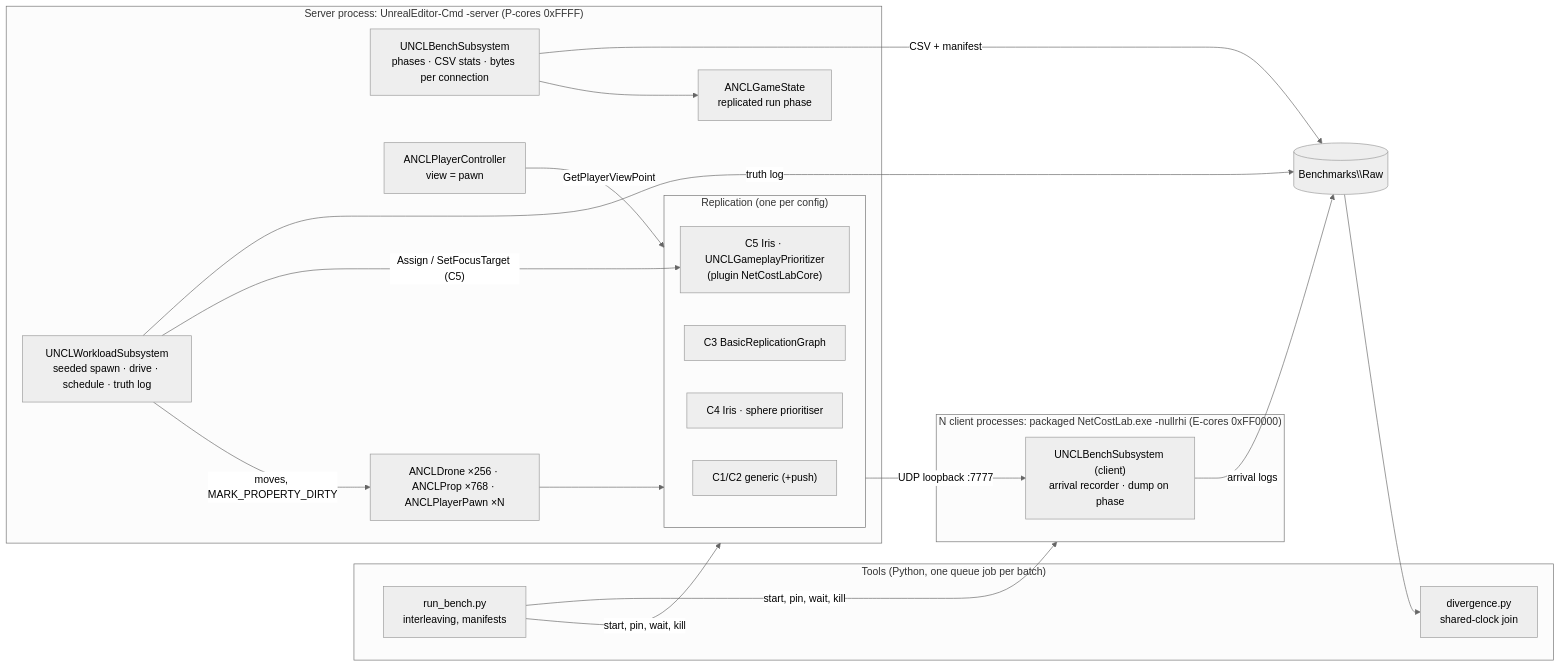
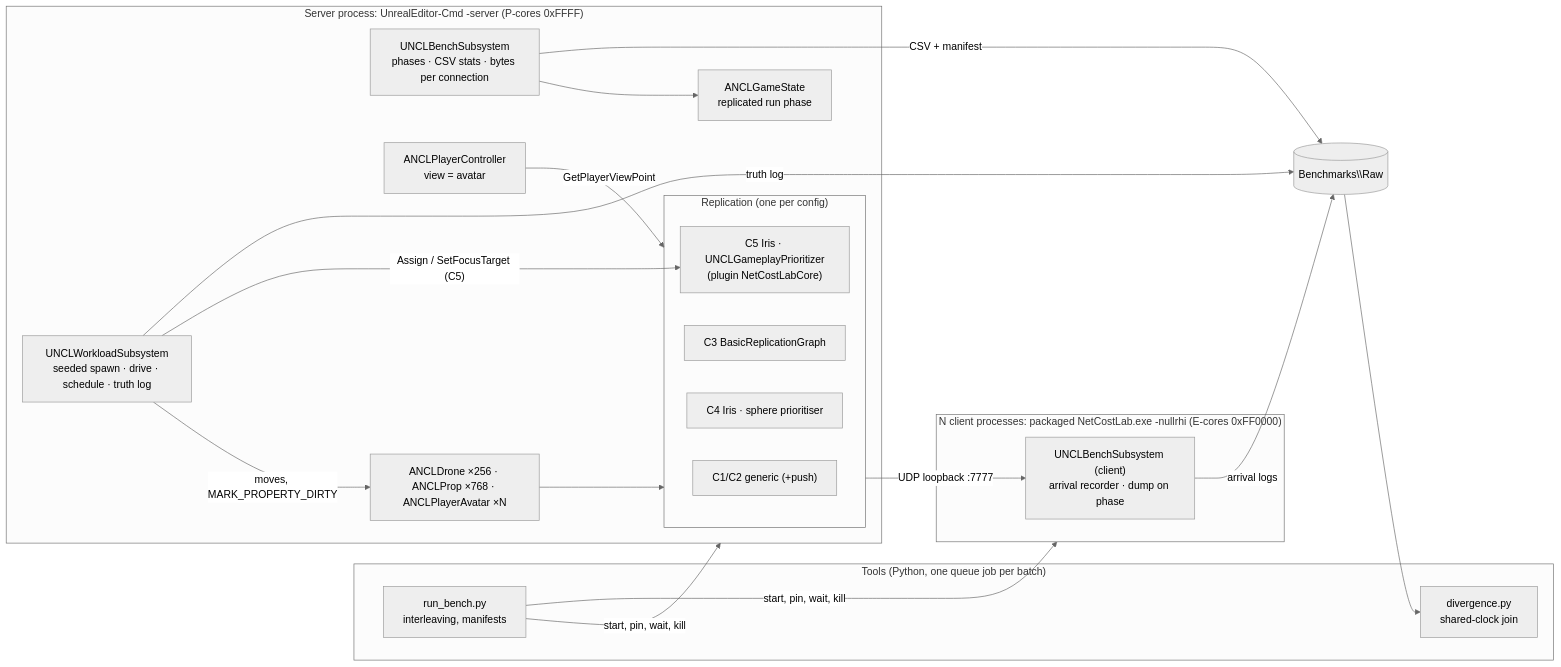
Before and after one commit to KrishGangani/UE5-NetCostLab: the first of 2 diagrams in Explanation/02_System_Architecture.md, drawn with Mermaid (neutral theme). The commit also changed other lines of this file and 42 other files, not shown here.

````diff
--- a/Explanation/02_System_Architecture.md
+++ b/Explanation/02_System_Architecture.md
@@ -127,35 +128,35 @@
 ```mermaid
 flowchart LR
   subgraph Tools["Tools (Python, one queue job per batch)"]
     RB["run_bench.py<br/>interleaving, manifests"]
     DV["divergence.py<br/>shared-clock join"]
   end
   subgraph Server["Server process: UnrealEditor-Cmd -server (P-cores 0xFFFF)"]
     WL["UNCLWorkloadSubsystem<br/>seeded spawn · drive · schedule · truth log"]
     BS["UNCLBenchSubsystem<br/>phases · CSV stats · bytes per connection"]
     GS["ANCLGameState<br/>replicated run phase"]
-    PC["ANCLPlayerController<br/>view = pawn"]
-    D["ANCLDrone ×256 · ANCLProp ×768 · ANCLPlayerPawn ×N"]
+    PC["ANCLPlayerController<br/>view = avatar"]
+    D["ANCLDrone ×256 · ANCLProp ×768 · ANCLPlayerAvatar ×N"]
     subgraph Rep["Replication (one per config)"]
       L["C1/C2 generic (+push)"]
       G["C3 BasicReplicationGraph"]
       I["C4 Iris · sphere prioritiser"]
       P["C5 Iris · UNCLGameplayPrioritizer<br/>(plugin NetCostLabCore)"]
     end
   end
   subgraph Clients["N client processes: packaged NetCostLab.exe -nullrhi (E-cores 0xFF0000)"]
     CB["UNCLBenchSubsystem (client)<br/>arrival recorder · dump on phase"]
   end
   RB -->|"start, pin, wait, kill"| Server
   RB -->|"start, pin, wait, kill"| Clients
   WL -->|"moves, MARK_PROPERTY_DIRTY"| D
   WL -->|"Assign / SetFocusTarget (C5)"| P
   BS --> GS
   D --> Rep
   PC -->|"GetPlayerViewPoint"| Rep
   Rep -->|"UDP loopback :7777"| CB
   BS -->|"CSV + manifest"| OUT[("Benchmarks\\Raw")]
   WL -->|"truth log"| OUT
   CB -->|"arrival logs"| OUT
   OUT --> DV
 ```
````
